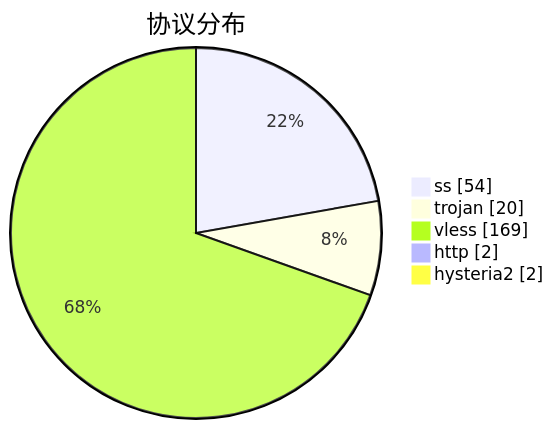
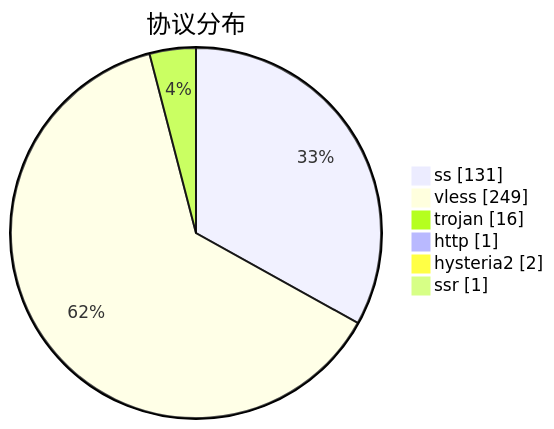
Before and after one commit to qjlxg/airport: the third of 3 diagrams in subs/statistics/tested_within.md, drawn with Mermaid. The commit also changed other lines of this file and 2 other files, not shown here.

````diff
--- a/subs/statistics/tested_within.md
+++ b/subs/statistics/tested_within.md
@@ -21,9 +21,10 @@
 ```mermaid
 pie showData
 title 协议分布
-"ss" : 54
-"trojan" : 20
-"vless" : 169
-"http" : 2
+"ss" : 131
+"vless" : 249
+"trojan" : 16
+"http" : 1
 "hysteria2" : 2
+"ssr" : 1
 ```
````
